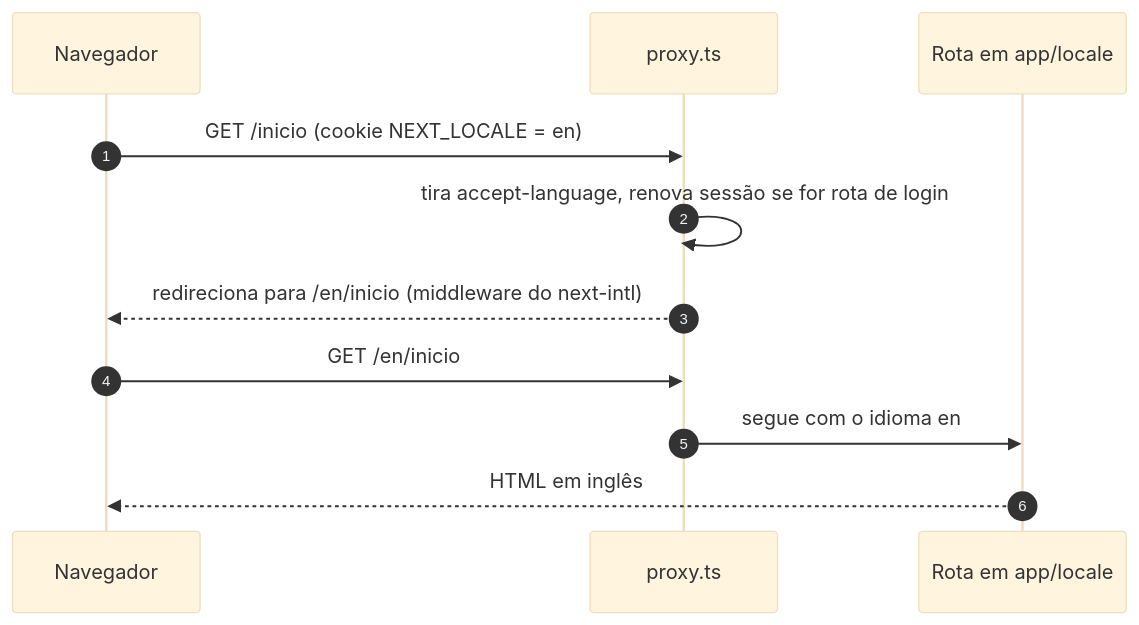
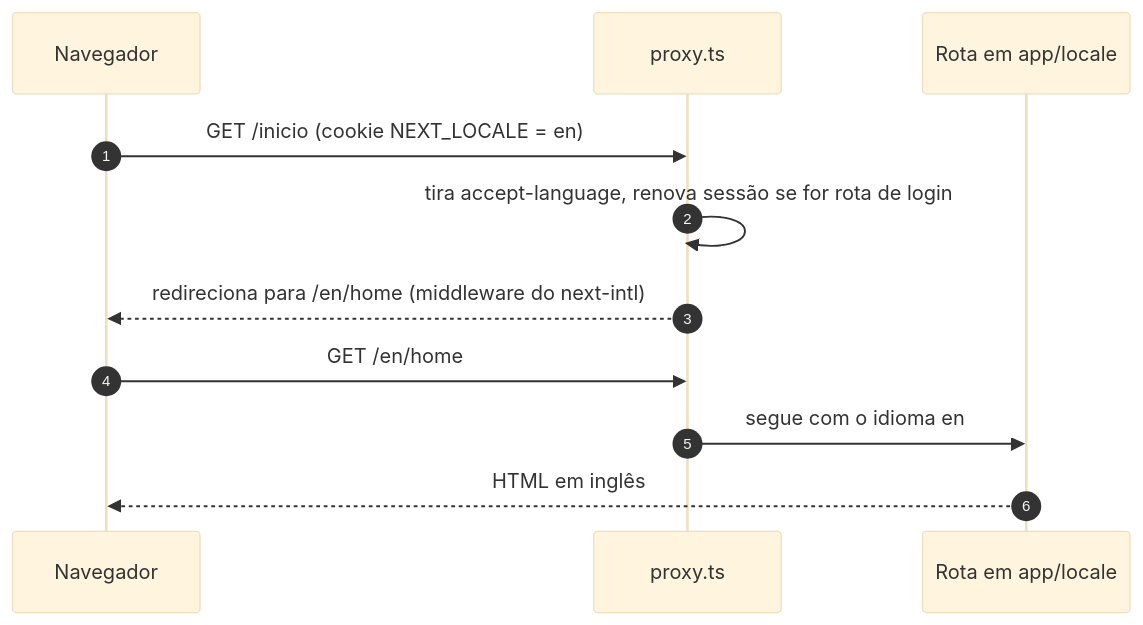
One commit to estevaons/myvitri changed the sixth of 6 diagrams in docs/architecture.md. Above: the diagram before and after it, drawn with Mermaid (base theme). The commit also changed other lines of this file and 63 other files, not shown here.

````diff
--- a/docs/architecture.md
+++ b/docs/architecture.md
@@ -517,13 +554,13 @@
 ```mermaid
 sequenceDiagram
     autonumber
     participant B as Navegador
     participant P as proxy.ts
     participant R as Rota em app/locale
     B->>P: GET /inicio (cookie NEXT_LOCALE = en)
     P->>P: tira accept-language, renova sessão se for rota de login
-    P-->>B: redireciona para /en/inicio (middleware do next-intl)
-    B->>P: GET /en/inicio
+    P-->>B: redireciona para /en/home (middleware do next-intl)
+    B->>P: GET /en/home
     P->>R: segue com o idioma en
     R-->>B: HTML em inglês
 ```
````
